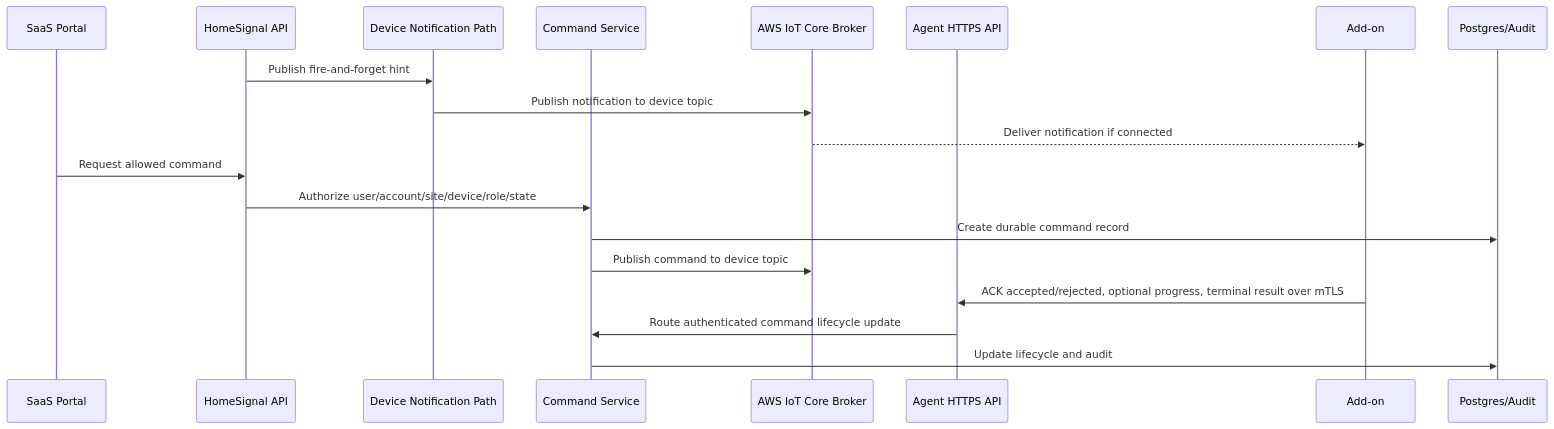
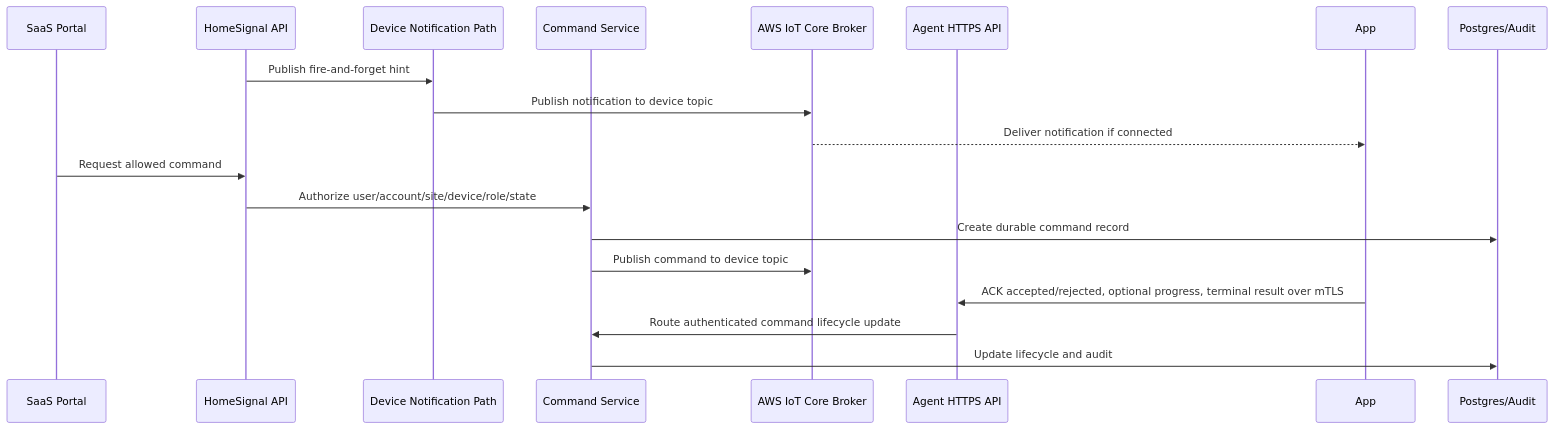
Before and after one commit to homesignal-io/homesignal-home-assistant-app: the sixth of 8 diagrams in design-docs/service-map.md, drawn with Mermaid. The commit also changed other lines of this file and 73 other files, not shown here.

````diff
--- a/design-docs/service-map.md
+++ b/design-docs/service-map.md
@@ -327,23 +327,23 @@
 ```mermaid
 sequenceDiagram
   participant Portal as SaaS Portal
   participant API as HomeSignal API
   participant DeviceNotify as Device Notification Path
   participant Command as Command Service
   participant Broker as AWS IoT Core Broker
   participant AgentAPI as Agent HTTPS API
-  participant Addon as Add-on
+  participant App as App
   participant DB as Postgres/Audit
 
   API->>DeviceNotify: Publish fire-and-forget hint
   DeviceNotify->>Broker: Publish notification to device topic
-  Broker-->>Addon: Deliver notification if connected
+  Broker-->>App: Deliver notification if connected
 
   Portal->>API: Request allowed command
   API->>Command: Authorize user/account/site/device/role/state
   Command->>DB: Create durable command record
   Command->>Broker: Publish command to device topic
-  Addon->>AgentAPI: ACK accepted/rejected, optional progress, terminal result over mTLS
+  App->>AgentAPI: ACK accepted/rejected, optional progress, terminal result over mTLS
   AgentAPI->>Command: Route authenticated command lifecycle update
   Command->>DB: Update lifecycle and audit
 ```
````
